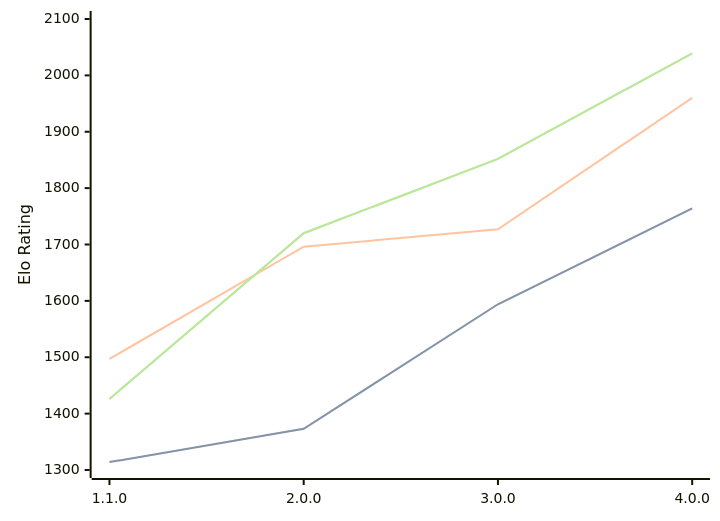
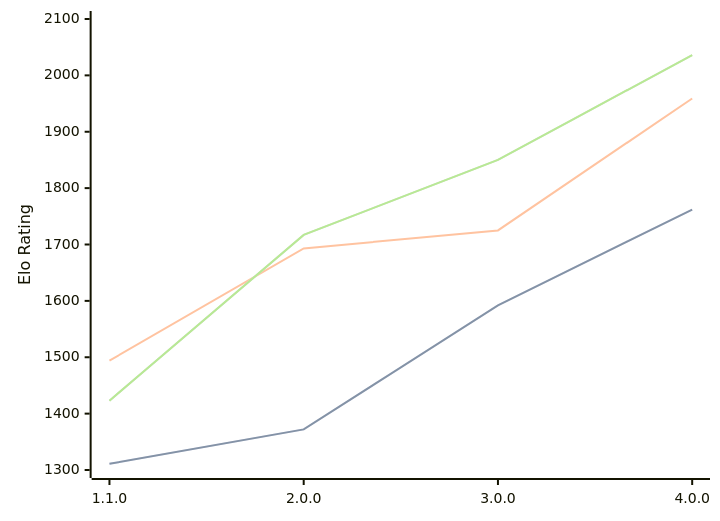
One commit to computer-chess-index/cci changed the diagram in engines/Laura.md. Above: the diagram before and after it, drawn with Mermaid. The commit also changed other lines of this file, not shown here.

Commit message:
Update CCI Ratings (ELO VLTC) - 2026-05-18

````diff
--- a/engines/Laura.md
+++ b/engines/Laura.md
@@ -35,11 +35,11 @@
 ```mermaid
 %%{init: {"theme":"base","themeVariables":{"seriesColors:['#a3a3a3','#222221','#faa371']}}}%%
 xychart-beta
   x-axis ["1.1.0", "2.0.0", "3.0.0", "4.0.0"]
   y-axis "Elo Rating" 1300 --> 2100
-  line "STC (8.0+0.08s)" [1314, 1373, 1594, 1764]
-  line "STC (8.0+0.08s)" [1314, 1373, 1594, 1764]
-  line "LTC (60.0+0.60s)" [1497, 1696, 1727, 1960]
-  line "VLTC (2m24s+1.12s)" [1426, 1720, 1852, 2039]
-  line "VLTC (2m24s+1.12s)" [1426, 1720, 1852, 2039]
+  line "STC (8.0+0.08s)" [1311, 1372, 1592, 1762]
+  line "STC (8.0+0.08s)" [1311, 1372, 1592, 1762]
+  line "LTC (60.0+0.60s)" [1494, 1693, 1725, 1959]
+  line "VLTC (2m24s+1.12s)" [1423, 1717, 1850, 2036]
+  line "VLTC (2m24s+1.12s)" [1423, 1717, 1850, 2036]
 ```
````
